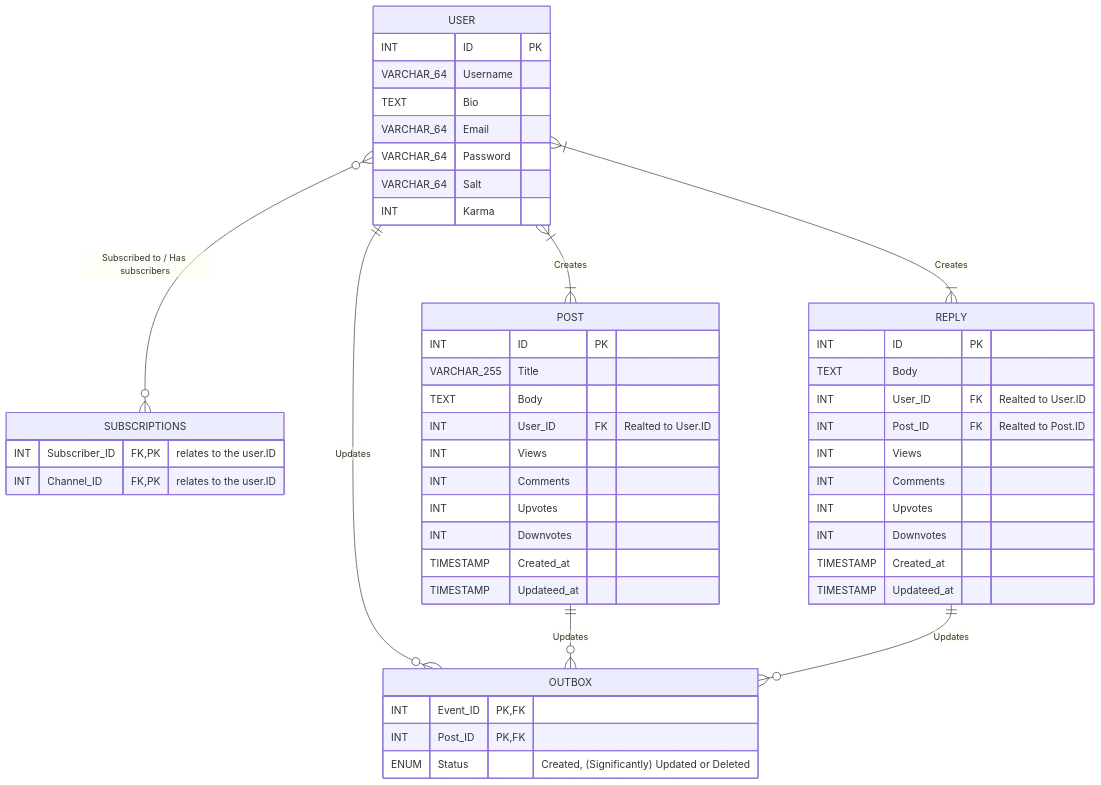
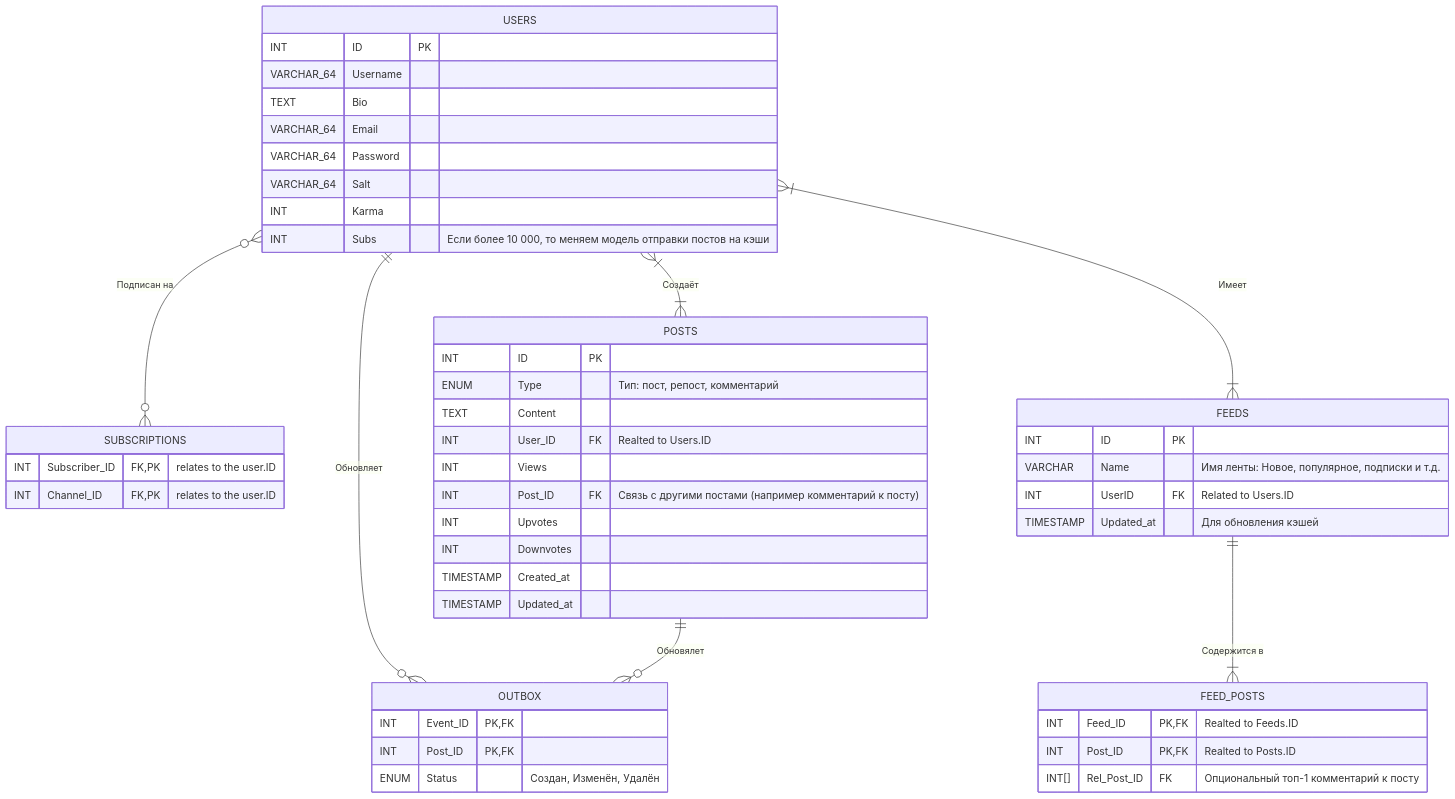
One commit to mike-pech/masters-theory changed the first of 6 diagrams in System Design/Practice/2. Recommended feed.md. Above: the diagram before and after it, drawn with Mermaid. The commit also changed other lines of this file and 6 other files, not shown here.

````diff
--- a/System Design/Practice/2. Recommended feed.md
+++ b/System Design/Practice/2. Recommended feed.md
@@ -72,57 +103,58 @@
 ```mermaid
 erDiagram
 
 SUBSCRIPTIONS {
     INT Subscriber_ID FK,PK "relates to the user.ID"  
     INT Channel_ID FK,PK "relates to the user.ID"  
 }
 
-USER {
+USERS {
     INT ID PK ""  
     VARCHAR_64 Username  ""  
     TEXT Bio ""
     VARCHAR_64 Email  ""  
     VARCHAR_64 Password ""
     VARCHAR_64 Salt ""
     INT Karma  ""  
+    INT Subs "Если более 10 000, то меняем модель отправки постов на кэши"
 }
 
-POST {
+FEEDS {
+	INT ID PK ""
+	VARCHAR Name "Имя ленты: Новое, популярное, подписки и т.д."
+	INT UserID FK "Related to Users.ID"
+	TIMESTAMP Updated_at "Для обновления кэшей"
+}
+
+FEED_POSTS {
+	INT Feed_ID PK,FK "Realted to Feeds.ID"
+	INT Post_ID PK,FK "Realted to Posts.ID"
+	INT[] Rel_Post_ID FK "Опциональный топ-1 комментарий к посту"
+}
+
+POSTS {
     INT ID PK ""  
-    VARCHAR_255 Title  ""  
-    TEXT Body  ""  
-    INT User_ID FK "Realted to User.ID"  
+    ENUM Type "Тип: пост, репост, комментарий"
+    TEXT Content  ""  
+    INT User_ID FK "Realted to Users.ID"  
     INT Views  ""  
-    INT Comments  ""  
+    INT Post_ID FK "Связь с другими постами (например комментарий к посту)"
     INT Upvotes  ""  
     INT Downvotes  ""  
     TIMESTAMP Created_at  ""  
-    TIMESTAMP Updateed_at  ""  
-}
-
-REPLY {
-    INT ID PK "" 
-    TEXT Body  ""  
-    INT User_ID FK "Realted to User.ID"  
-    INT Post_ID FK "Realted to Post.ID"
-    INT Views  ""  
-    INT Comments  ""  
-    INT Upvotes  ""  
-    INT Downvotes  ""  
-    TIMESTAMP Created_at  ""  
-    TIMESTAMP Updateed_at  "" 	
+    TIMESTAMP Updated_at  ""  
 }
 
 OUTBOX {
     INT Event_ID PK,FK ""  
     INT Post_ID PK,FK ""  
-    ENUM Status  "Created, (Significantly) Updated or Deleted"  
+    ENUM Status  "Создан, Изменён, Удалён"  
 }
 
-USER}|--|{POST:"Creates"
-USER}|--|{REPLY:"Creates"
-USER||--o{OUTBOX:"Updates"
-USER}o--o{SUBSCRIPTIONS:"Subscribed to / Has subscribers"
-POST||--o{OUTBOX:"Updates"
-REPLY||--o{OUTBOX:"Updates"
+USERS}|--|{POSTS:"Создаёт"
+USERS||--o{OUTBOX:"Обновляет"
+USERS}o--o{SUBSCRIPTIONS:"Подписан на"
+POSTS||--o{OUTBOX:"Обновялет"
+USERS}|--|{FEEDS:"Имеет"
+FEEDS||--|{FEED_POSTS:"Содержится в"
 ```
````
